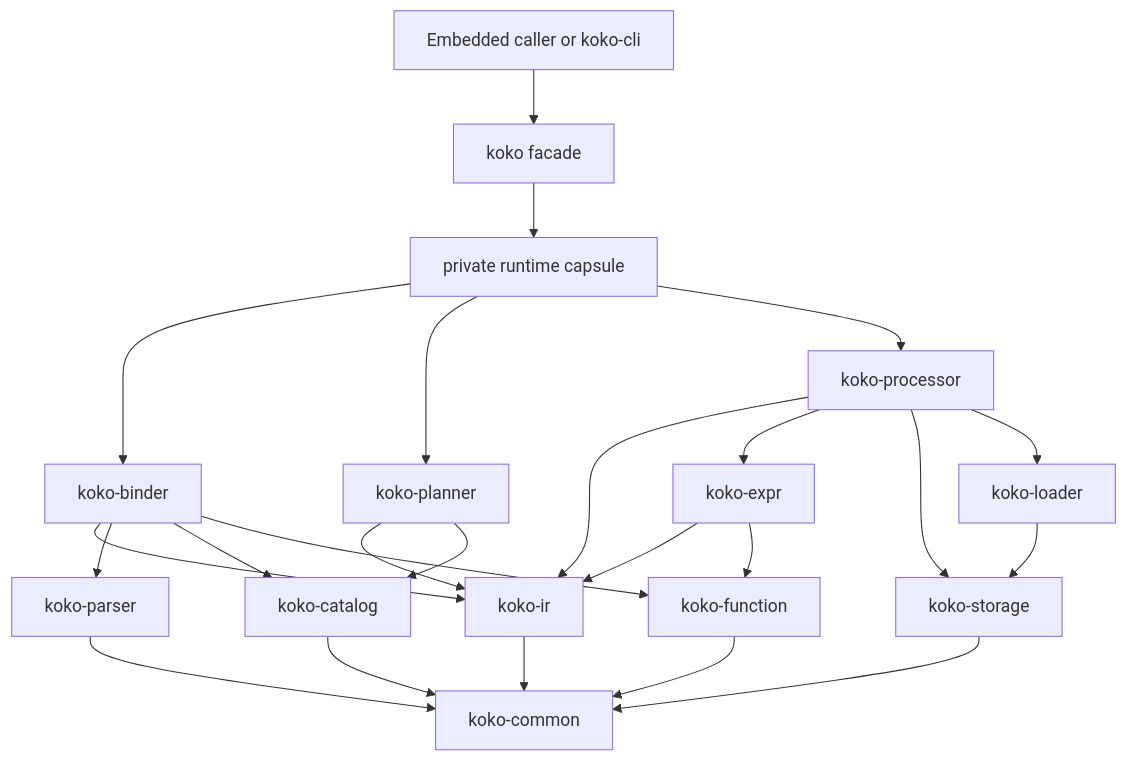
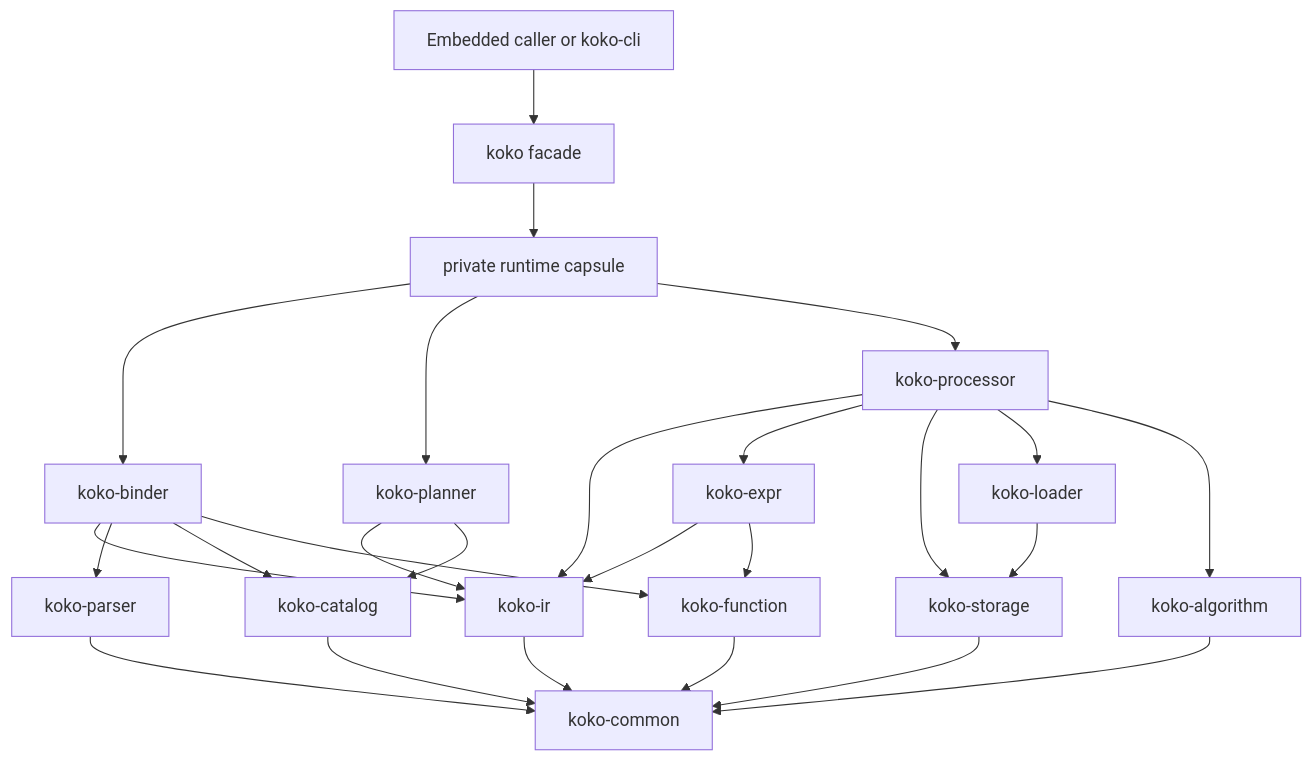
Before and after one commit to daig/koko: the first of 2 diagrams in docs/FACADE_ARCHITECTURE.md, drawn with Mermaid. The commit also changed other lines of this file and 66 other files, not shown here.

First line of the commit message:
Add composable whole-graph analytics

````diff
--- a/docs/FACADE_ARCHITECTURE.md
+++ b/docs/FACADE_ARCHITECTURE.md
@@ -192,26 +194,28 @@
 ```mermaid
 flowchart TB
     Caller[Embedded caller or koko-cli] --> Facade[koko facade]
     Facade --> Runtime[private runtime capsule]
     Runtime --> Binder[koko-binder]
     Runtime --> Planner[koko-planner]
     Runtime --> Processor[koko-processor]
     Binder --> IR[koko-ir]
     Planner --> IR
     Processor --> IR
     Binder --> Parser[koko-parser]
     Binder --> Catalog[koko-catalog]
     Binder --> Functions[koko-function]
     Planner --> Catalog
     Processor --> Expr[koko-expr]
     Processor --> Storage[koko-storage]
     Processor --> Loader[koko-loader]
+    Processor --> Algorithm[koko-algorithm]
     Expr --> IR
     Expr --> Functions
     Loader --> Storage
     Catalog --> Common[koko-common]
     Storage --> Common
     Parser --> Common
     Functions --> Common
+    Algorithm --> Common
     IR --> Common
 ```
````
